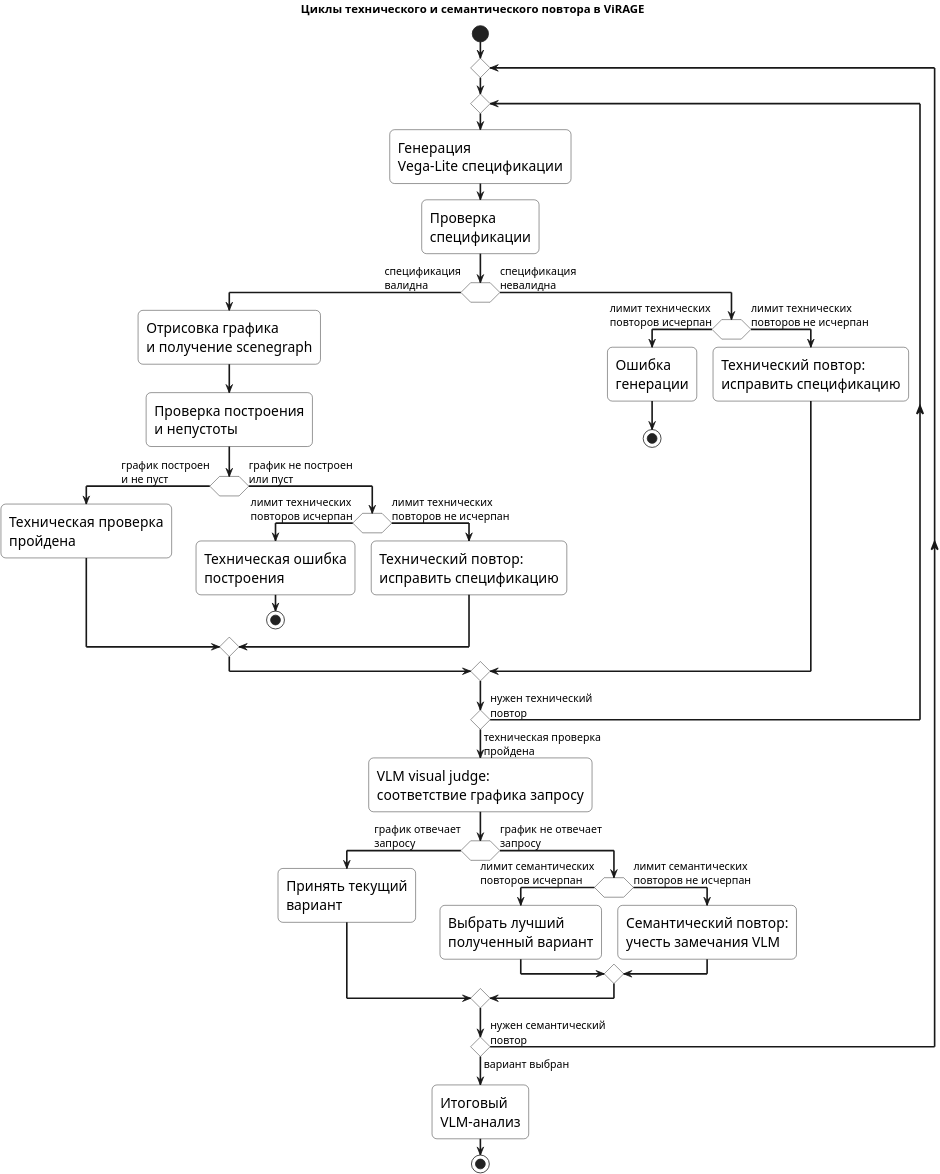
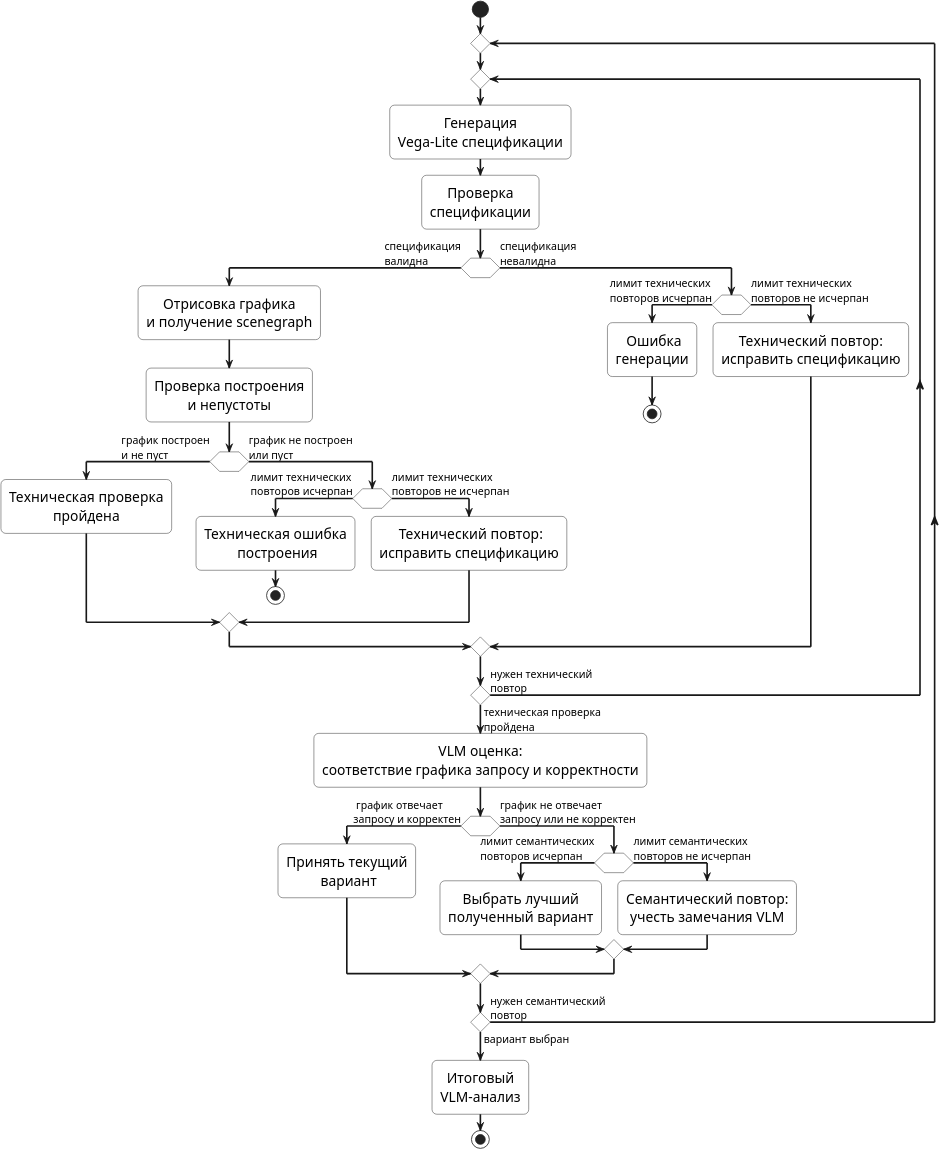
One commit to shnikita-cr/ViRAGE changed the diagram in research/architecture/tex/cycles/cycles.puml. Above: the diagram before and after it, drawn with PlantUML. The commit also changed 5 other files, not shown here.

Commit message:
update uml

```diff
--- a/research/architecture/tex/cycles/cycles.puml
+++ b/research/architecture/tex/cycles/cycles.puml
@@ -1,87 +1,97 @@
 @startuml
-title Циклы технического и семантического повтора в ViRAGE
-
 skinparam shadowing false
 skinparam monochrome true
 skinparam roundcorner 12
 skinparam defaultFontName "Times New Roman"
 skinparam defaultFontSize 17
 skinparam ArrowFontSize 13
 skinparam ArrowThickness 2
 skinparam linetype ortho
 skinparam dpi 600
 
 skinparam activity {
-  BorderColor black
-  BackgroundColor white
+BorderColor black
+BackgroundColor white
 }
 
+<style>
+activityDiagram {
+activity {
+HorizontalAlignment center
+}
+
+diamond {
+HorizontalAlignment center
+}
+}
+</style>
+
 skinparam diamond {
-  BorderColor black
-  BackgroundColor white
+BorderColor black
+BackgroundColor white
 }
 
 start
 
 repeat
 
-  repeat
-    :Генерация\nVega-Lite спецификации;
-    :Проверка\nспецификации;
+repeat
+:Генерация\nVega-Lite спецификации;
+:Проверка\nспецификации;
 
-    if ( ) then (спецификация\nвалидна)
+if ( ) then (спецификация\nвалидна)
 
-      :Отрисовка графика\nи получение scenegraph;
-      :Проверка построения\nи непустоты;
+:Отрисовка графика\nи получение scenegraph;
+:Проверка построения\nи непустоты;
 
-      if ( ) then (график построен\nи не пуст)
+if ( ) then (график построен\nи не пуст)
 
-        :Техническая проверка\nпройдена;
+:Техническая проверка\nпройдена;
 
-      else (график не построен\nили пуст)
+else (график не построен\nили пуст)
 
-        if ( ) then (лимит технических\nповторов исчерпан)
-          :Техническая ошибка\nпостроения;
-          stop
-        else (лимит технических\nповторов не исчерпан)
-          :Технический повтор:\nисправить спецификацию;
-        endif
+if ( ) then (лимит технических\nповторов исчерпан)
+:Техническая ошибка\n построения;
+stop
+else (лимит технических\nповторов не исчерпан)
+: Технический повтор:\nисправить спецификацию;
+endif
 
-      endif
+endif
 
-    else (спецификация\nневалидна)
+else (спецификация\nневалидна)
 
-      if ( ) then (лимит технических\nповторов исчерпан)
-        :Ошибка\nгенерации;
-        stop
-      else (лимит технических\nповторов не исчерпан)
-        :Технический повтор:\nисправить спецификацию;
-      endif
+if ( ) then (лимит технических\nповторов исчерпан)
+: Ошибка\nгенерации;
+stop
+else (лимит технических\nповторов не исчерпан)
+:Технический повтор:\nисправить спецификацию;
+endif
 
-    endif
+endif
 
-  repeat while ( ) is (нужен технический\nповтор) not (техническая проверка\nпройдена)
+repeat while ( ) is (нужен технический\nповтор) not (техническая проверка\nпройдена)
 
-  :VLM visual judge:\nсоответствие графика запросу;
+:VLM оценка:\nсоответствие графика запросу и корректности;
 
-  if ( ) then (график отвечает\nзапросу)
+if ( ) then ( график отвечает\nзапросу и корректен)
 
-    :Принять текущий\nвариант;
+:Принять текущий\n вариант;
 
-  else (график не отвечает\nзапросу)
+else (график не отвечает\nзапросу или не корректен)
 
-    if ( ) then (лимит семантических\nповторов исчерпан)
-      :Выбрать лучший\nполученный вариант;
-    else (лимит семантических\nповторов не исчерпан)
-      :Семантический повтор:\nучесть замечания VLM;
-    endif
+if ( ) then (лимит семантических\nповторов исчерпан)
+:Выбрать лучший\nполученный вариант;
+else (лимит семантических\nповторов не исчерпан)
+:Семантический повтор:\nучесть замечания VLM;
+endif
 
-  endif
+endif
 
 repeat while ( ) is (нужен семантический\nповтор) not (вариант выбран)
 
 :Итоговый\nVLM-анализ;
 
 stop
 
 @enduml
```
